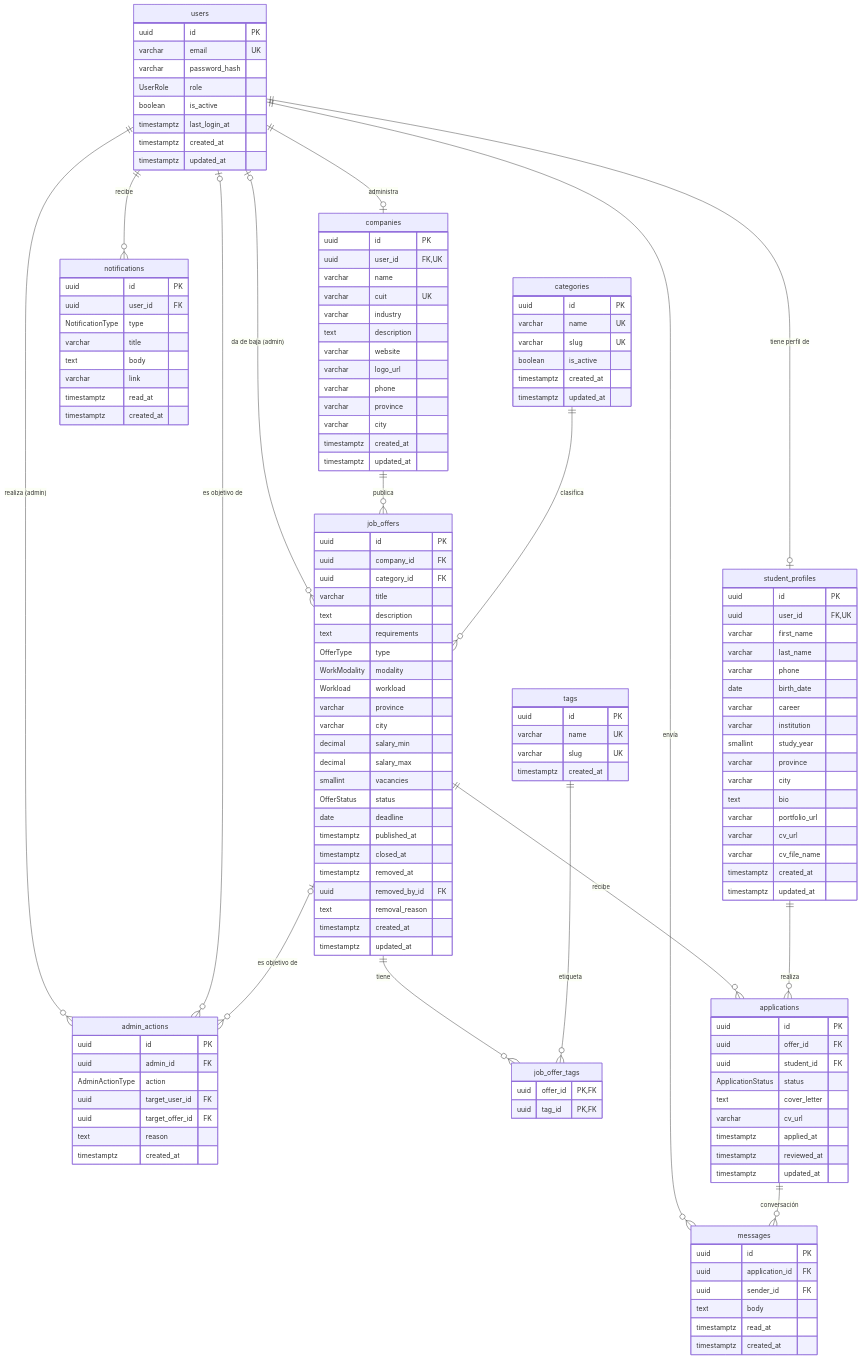
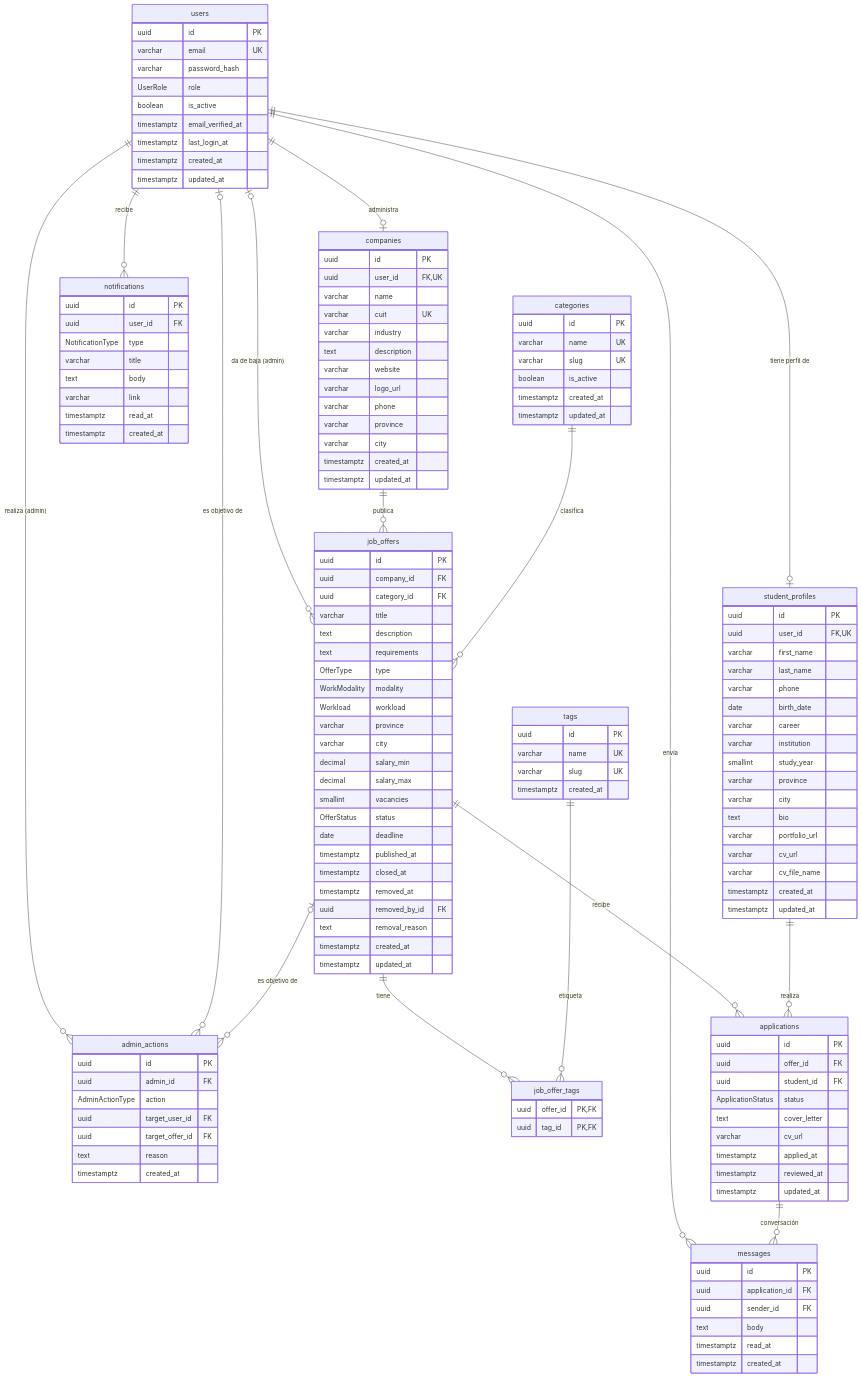
Before and after one commit to treynoso-codetria/proyecto-final-tupad-pasantias: the diagram in docs/database/modelo-de-datos.md, drawn with Mermaid. The commit also changed other lines of this file and 80 other files, not shown here.

```diff
--- a/docs/database/modelo-de-datos.md
+++ b/docs/database/modelo-de-datos.md
@@ -36,6 +36,7 @@
         varchar password_hash
         UserRole role
         boolean is_active
+        timestamptz email_verified_at
         timestamptz last_login_at
         timestamptz created_at
         timestamptz updated_at
```
